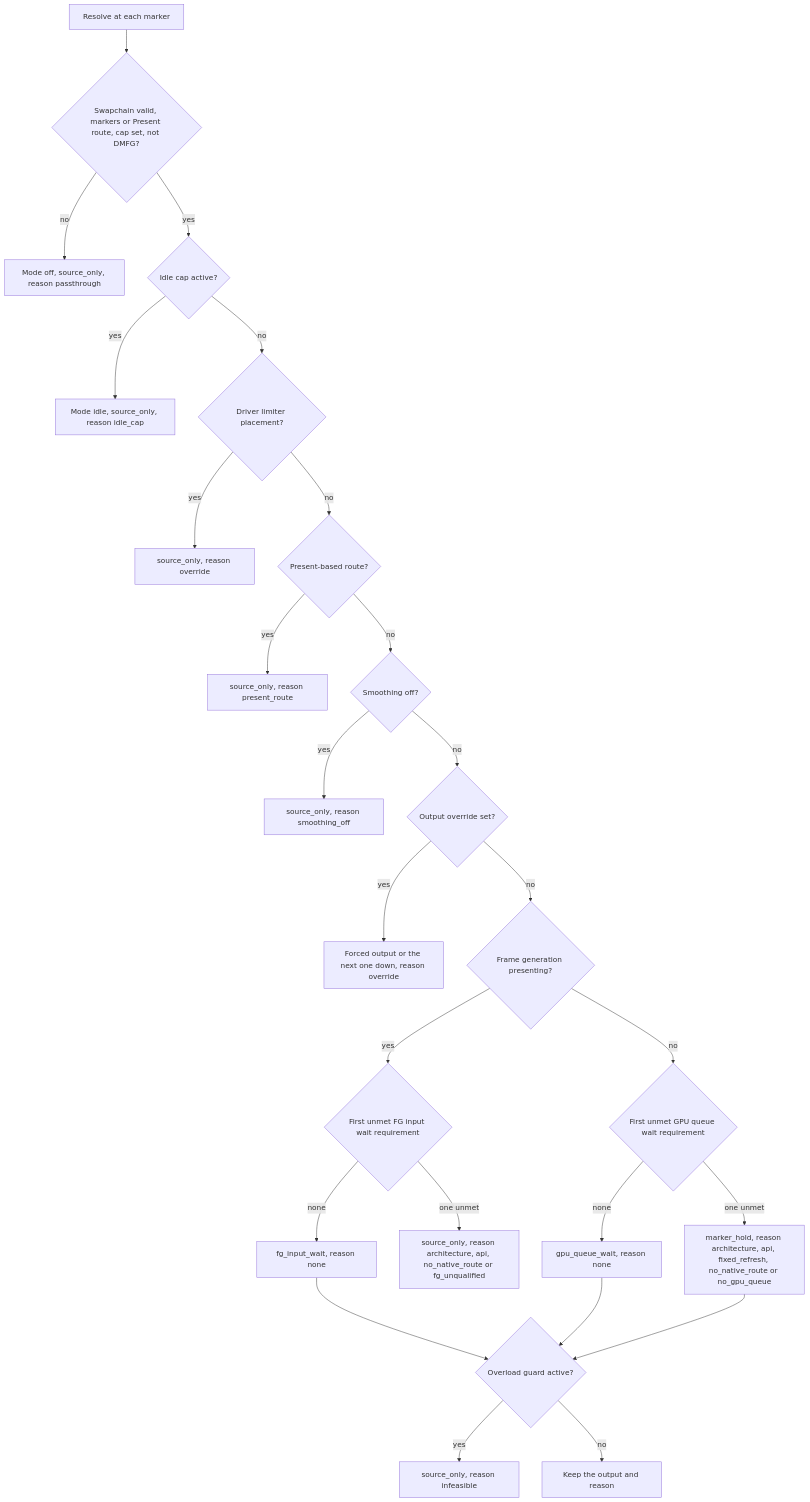
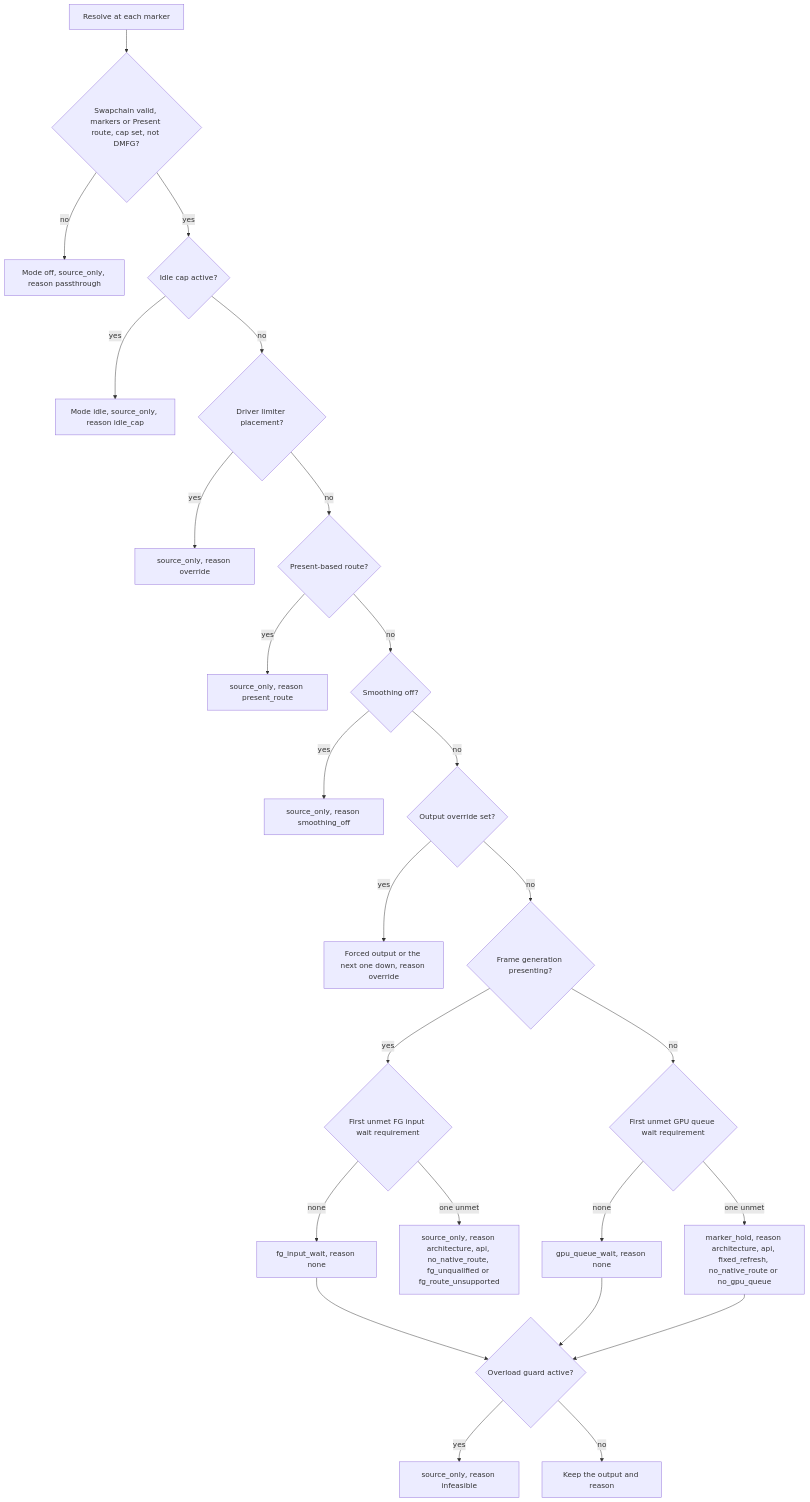
The sixth of 12 diagrams in docs/FRAME_PACING.md (RankFTW/ReLimiter), drawn with Mermaid before and after one commit. The commit also changed other lines of this file and 15 other files, not shown here.

````diff
--- a/docs/FRAME_PACING.md
+++ b/docs/FRAME_PACING.md
@@ -338,27 +338,27 @@
 ```mermaid
 flowchart TD
     A["Resolve at each marker"] --> B{"Swapchain valid, markers or Present route, cap set, not DMFG?"}
     B -->|no| P["Mode off, source_only, reason passthrough"]
     B -->|yes| C{"Idle cap active?"}
     C -->|yes| I["Mode idle, source_only, reason idle_cap"]
     C -->|no| D{"Driver limiter placement?"}
     D -->|yes| O1["source_only, reason override"]
     D -->|no| E{"Present-based route?"}
     E -->|yes| R1["source_only, reason present_route"]
     E -->|no| F{"Smoothing off?"}
     F -->|yes| S1["source_only, reason smoothing_off"]
     F -->|no| G{"Output override set?"}
     G -->|yes| O2["Forced output or the next one down, reason override"]
     G -->|no| H{"Frame generation presenting?"}
     H -->|yes| H1{"First unmet FG input wait requirement"}
     H1 -->|none| FG["fg_input_wait, reason none"]
-    H1 -->|one unmet| FU["source_only, reason architecture, api, no_native_route or fg_unqualified"]
+    H1 -->|one unmet| FU["source_only, reason architecture, api, no_native_route, fg_unqualified or fg_route_unsupported"]
     H -->|no| J{"First unmet GPU queue wait requirement"}
     J -->|none| GQ["gpu_queue_wait, reason none"]
     J -->|one unmet| MH["marker_hold, reason architecture, api, fixed_refresh, no_native_route or no_gpu_queue"]
     FG --> K{"Overload guard active?"}
     GQ --> K
     MH --> K
     K -->|yes| DEM["source_only, reason infeasible"]
     K -->|no| KEEP["Keep the output and reason"]
 ```
````
